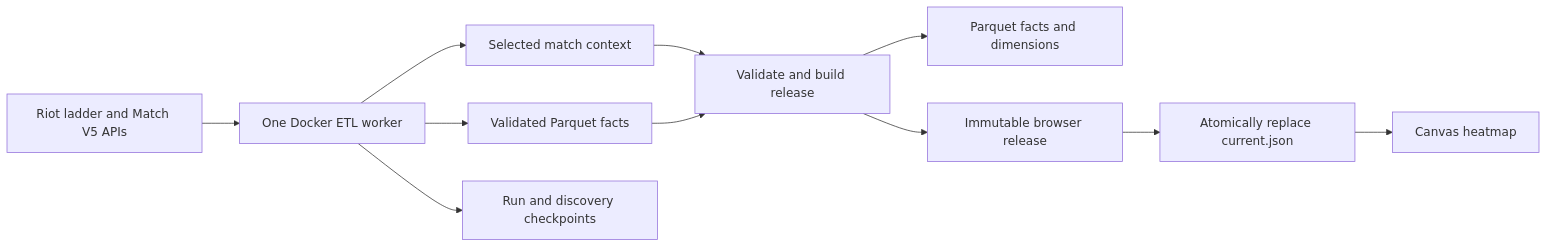
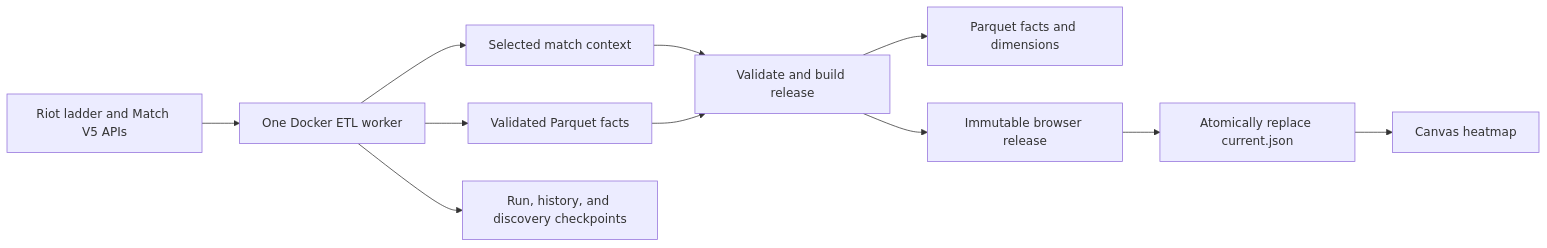
One commit to Ayjrin/Heatmap changed the diagram in README.md. Above: the diagram before and after it, drawn with Mermaid. The commit also changed other lines of this file and 5 other files, not shown here.

First line of the commit message:
Dedupe discovery and pull only unscanned match history

````diff
--- a/README.md
+++ b/README.md
@@ -39,13 +41,13 @@
 ```mermaid
 flowchart LR
   Riot[Riot ladder and Match V5 APIs] --> Worker[One Docker ETL worker]
   Worker --> Context[Selected match context]
   Worker --> Facts[Validated Parquet facts]
-  Worker --> State[Run and discovery checkpoints]
+  Worker --> State[Run, history, and discovery checkpoints]
   Context --> Build[Validate and build release]
   Facts --> Build
   Build --> Warehouse[Parquet facts and dimensions]
   Build --> Release[Immutable browser release]
   Release --> Pointer[Atomically replace current.json]
   Pointer --> Browser[Canvas heatmap]
 ```
````
